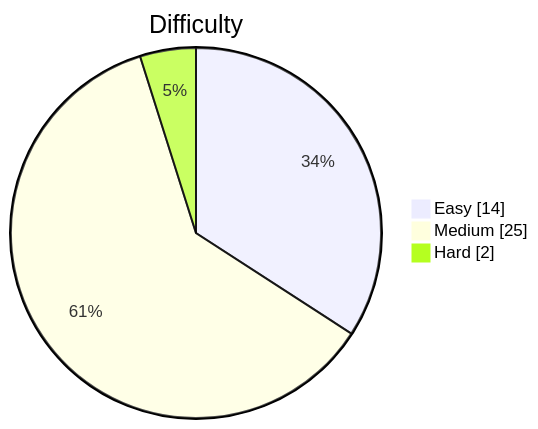
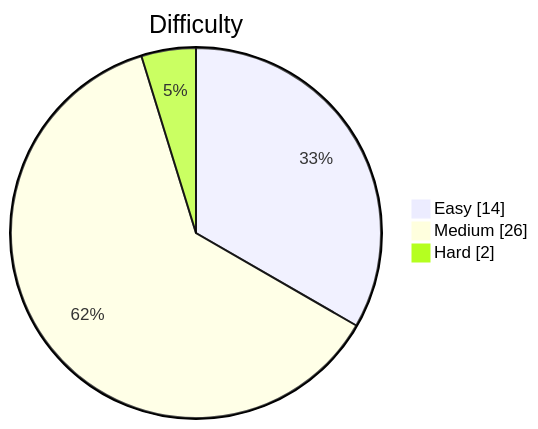
The diagram in README.md (kevstevie/python-algo-practice), drawn with Mermaid before and after one commit. The commit also changed other lines of this file, not shown here.

````diff
--- a/README.md
+++ b/README.md
@@ -13,7 +13,7 @@
 ```mermaid
 pie showData
     title Difficulty
     "Easy"   : 14
-    "Medium" : 25
+    "Medium" : 26
     "Hard"   : 2
 ```
````
